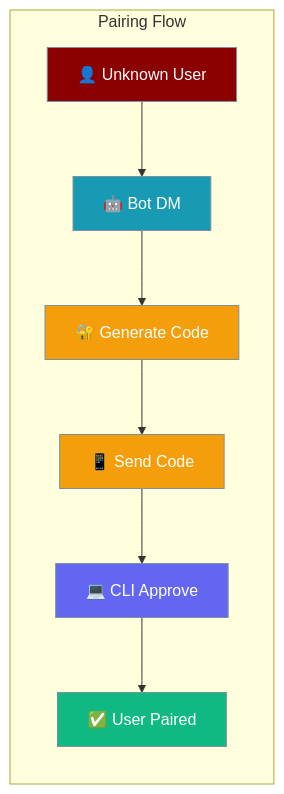
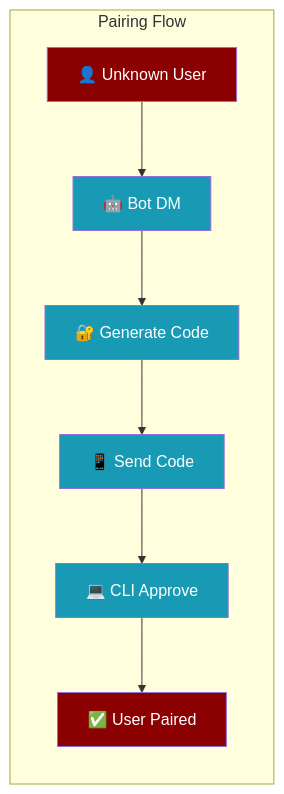
One commit to MervinPraison/PraisonAIDocs changed the first of 5 diagrams in docs/features/bot-pairing.mdx. Above: the diagram before and after it, drawn with Mermaid. The commit also changed 24 other files, not shown here.

````diff
--- a/docs/features/bot-pairing.mdx
+++ b/docs/features/bot-pairing.mdx
@@ -10,22 +10,16 @@
 ```mermaid
 graph LR
     subgraph "Pairing Flow"
         A[👤 Unknown User] --> B[🤖 Bot DM]
         B --> C[🔐 Generate Code]
         C --> D[📱 Send Code]
         D --> E[💻 CLI Approve]
         E --> F[✅ User Paired]
     end
     
-    classDef user fill:#8B0000,stroke:#7C90A0,color:#fff
-    classDef bot fill:#189AB4,stroke:#7C90A0,color:#fff
-    classDef code fill:#F59E0B,stroke:#7C90A0,color:#fff
-    classDef cli fill:#6366F1,stroke:#7C90A0,color:#fff
-    classDef success fill:#10B981,stroke:#7C90A0,color:#fff
+    classDef agent fill:#8B0000,color:#fff
+    classDef tool fill:#189AB4,color:#fff
     
-    class A user
-    class B bot
-    class C,D code
-    class E cli
-    class F success
+    class A,F agent
+    class B,C,D,E tool
 ```
````
